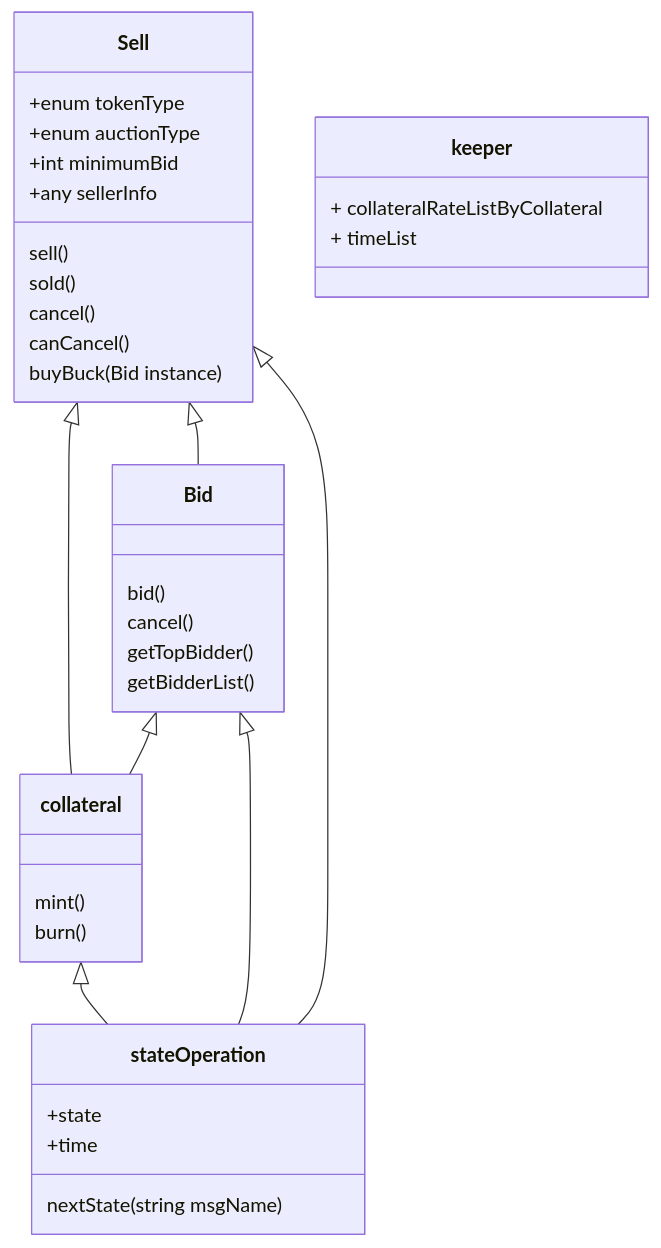
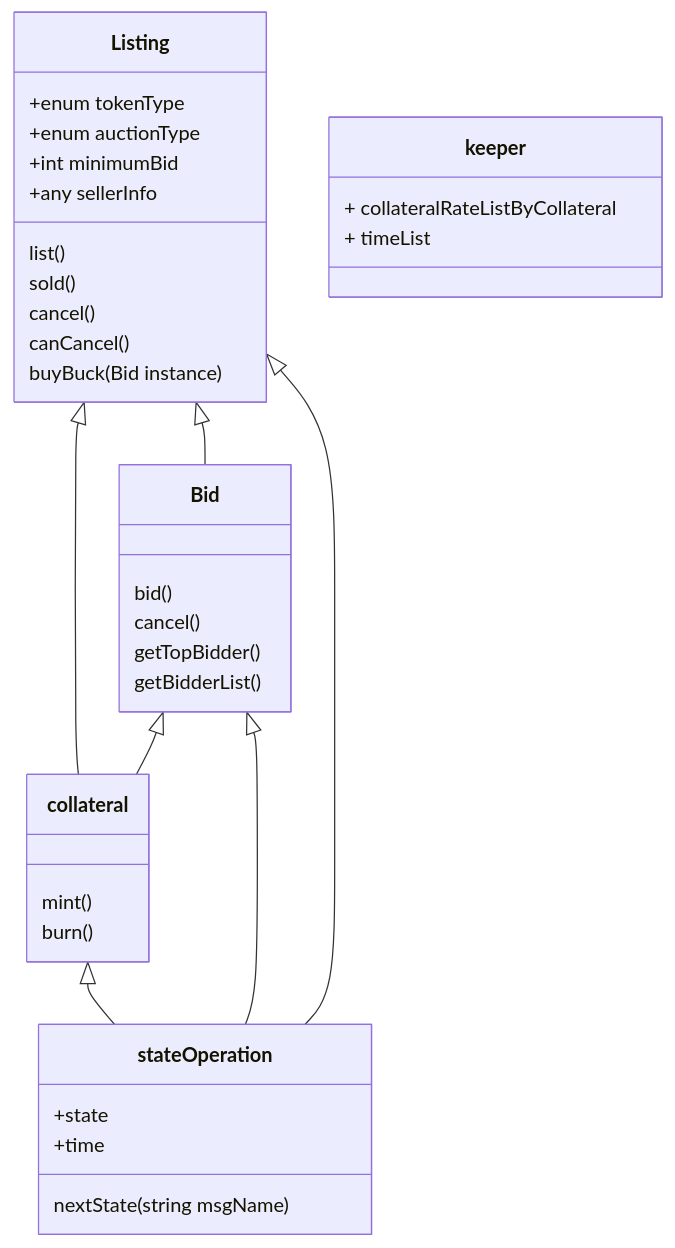
Before and after one commit to UnUniFi/chain: the diagram in x/nftmarket/spec/09_class_diagram.md, drawn with Mermaid.

Commit message:
feat: fix typo

````diff
--- a/x/nftmarket/spec/09_class_diagram.md
+++ b/x/nftmarket/spec/09_class_diagram.md
@@ -3,39 +3,39 @@
 ```mermaid
  classDiagram
-      Sell <|-- collateral
-      Sell <|-- Bid
+      Listing <|-- collateral
+      Listing <|-- Bid
       Bid <|-- collateral
       collateral <|-- stateOperation
       Bid <|-- stateOperation
-      Sell <|-- stateOperation
-      class Sell{
+      Listing <|-- stateOperation
+      class Listing{
           +enum tokenType
           +enum auctionType
           +int minimumBid
           +any sellerInfo
-          sell()
+          list()
           sold()
           cancel()
           canCancel()
           buyBuck(Bid instance)
       }
       class Bid{
           bid()
           cancel()
           getTopBidder()
           getBidderList()
       }
       class collateral {
           mint()
           burn()
       }
       class stateOperation {
           +state
           +time
           nextState(string msgName)
       }
       class keeper{
           + collateralRateListByCollateral
           + timeList
       }
 ```
````
